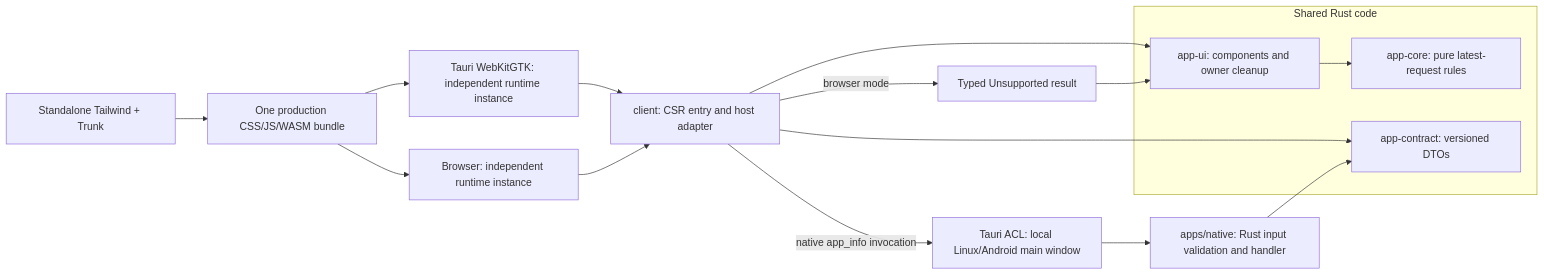
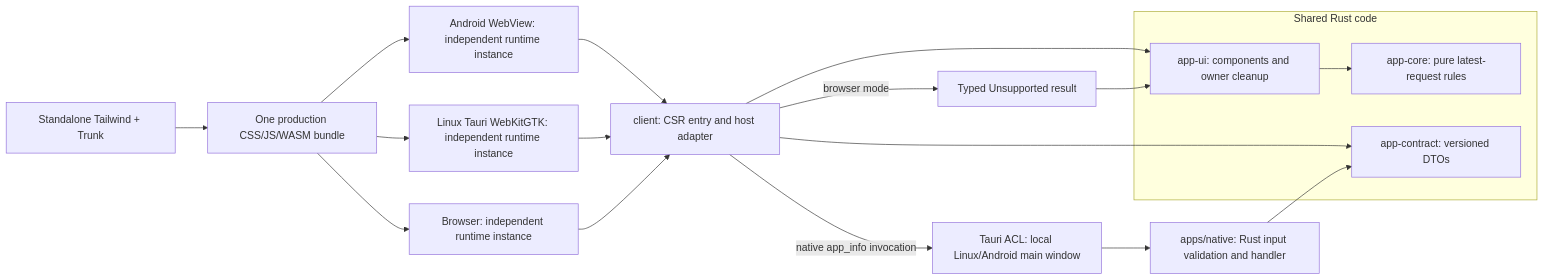
Before and after one commit to kmosoti/rust-ui-template: the first of 8 diagrams in docs/architecture.md, drawn with Mermaid. The commit also changed other lines of this file and 6 other files, not shown here.

````diff
--- a/docs/architecture.md
+++ b/docs/architecture.md
@@ -83,19 +83,21 @@
 ```mermaid
 flowchart LR
   subgraph shared[Shared Rust code]
     UI["app-ui: components and owner cleanup"] --> Core["app-core: pure latest-request rules"]
     DTO["app-contract: versioned DTOs"]
   end
   Client["client: CSR entry and host adapter"] --> UI
   Client --> DTO
   Client -->|browser mode| Unsupported["Typed Unsupported result"]
   Unsupported --> UI
   Client -->|native app_info invocation| ACL["Tauri ACL: local Linux/Android main window"]
   ACL --> Host["apps/native: Rust input validation and handler"]
   Host --> DTO
   Build["Standalone Tailwind + Trunk"] --> Assets["One production CSS/JS/WASM bundle"]
   Assets --> Web["Browser: independent runtime instance"]
-  Assets --> Desktop["Tauri WebKitGTK: independent runtime instance"]
+  Assets --> Desktop["Linux Tauri WebKitGTK: independent runtime instance"]
+  Assets --> Mobile["Android WebView: independent runtime instance"]
+  Mobile --> Client
   Desktop --> Client
   Web --> Client
 ```
````
